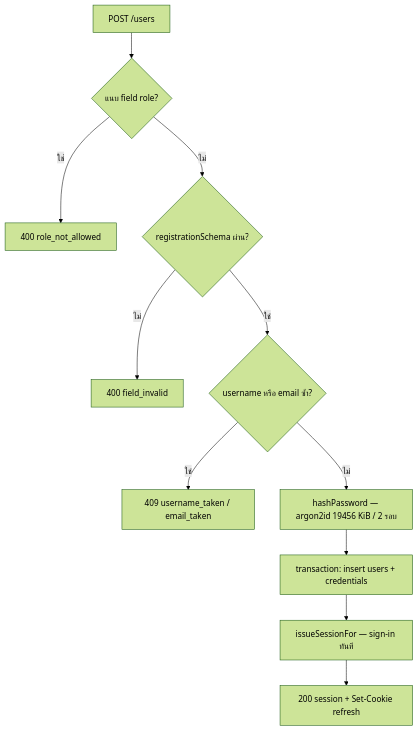
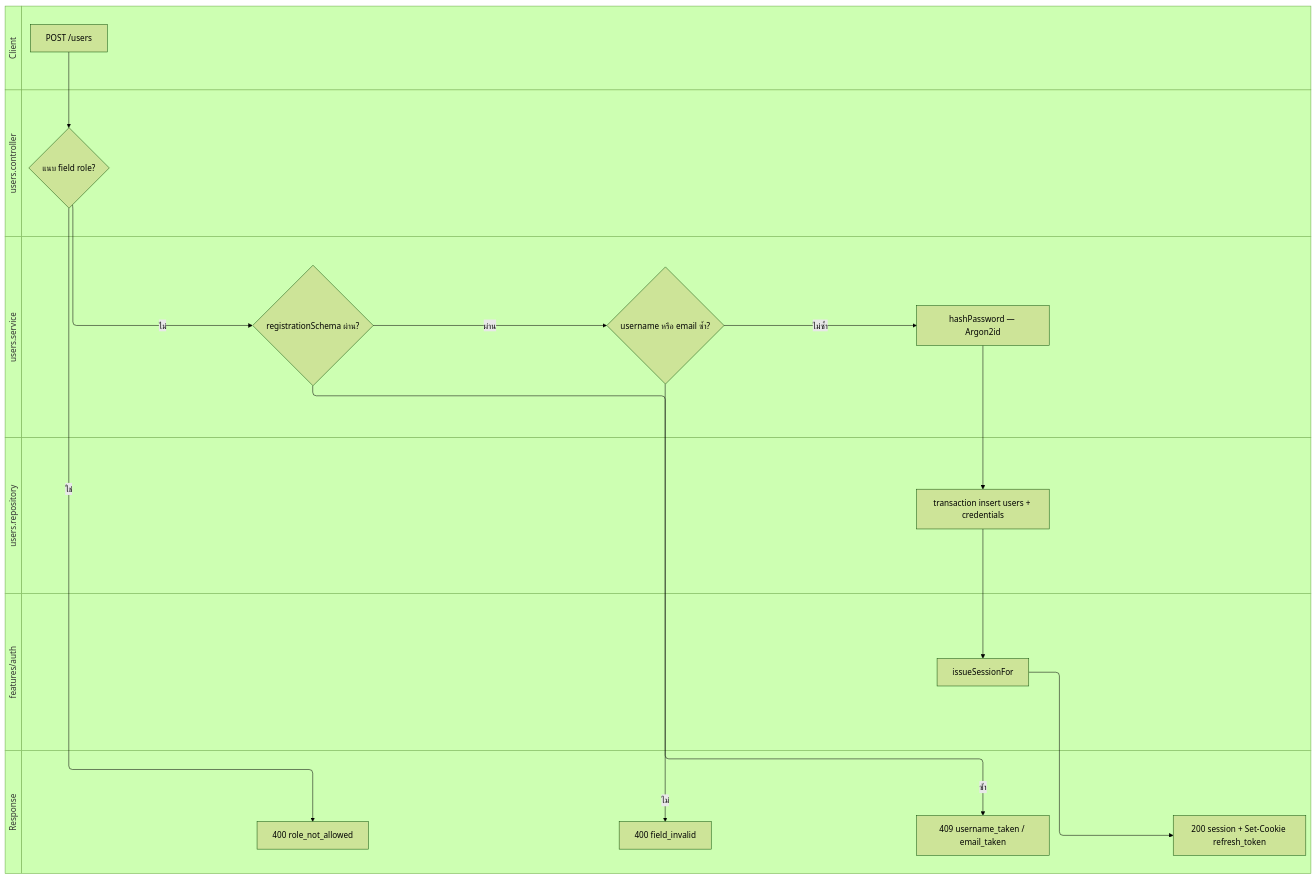
The first of 2 diagrams in src/features/users/README.md (Open-Science-and-Data-management/Backend), drawn with Mermaid (forest theme) before and after one commit. The commit also changed other lines of this file and 20 other files, not shown here.

````diff
--- a/src/features/users/README.md
+++ b/src/features/users/README.md
@@ -82,13 +148,36 @@
 ```mermaid
-flowchart TD
-    A[POST /users] --> B{แนบ field role?}
-    B -- ใช่ --> C[400 role_not_allowed]
-    B -- ไม่ --> D{registrationSchema ผ่าน?}
-    D -- ไม่ --> E[400 field_invalid]
-    D -- ใช่ --> F{username หรือ email ซ้ำ?}
-    F -- ใช่ --> G[409 username_taken / email_taken]
-    F -- ไม่ --> H[hashPassword — argon2id 19456 KiB / 2 รอบ]
-    H --> I[transaction: insert users + credentials]
-    I --> J[issueSessionFor — sign-in ทันที]
-    J --> K[200 session + Set-Cookie refresh]
+swimlane-beta LR
+    subgraph client [Client]
+        A[POST /users]
+    end
+    subgraph ctrl [users.controller]
+        B{แนบ field role?}
+    end
+    subgraph svc [users.service]
+        C{registrationSchema ผ่าน?}
+        D{username หรือ email ซ้ำ?}
+        E[hashPassword — Argon2id]
+    end
+    subgraph repo [users.repository]
+        F[transaction insert users + credentials]
+    end
+    subgraph auth [features/auth]
+        G[issueSessionFor]
+    end
+    subgraph res [Response]
+        H[400 role_not_allowed]
+        I[400 field_invalid]
+        J[409 username_taken / email_taken]
+        K[200 session + Set-Cookie refresh_token]
+    end
+    A --> B
+    B -->|ใช่| H
+    B -->|ไม่| C
+    C -->|ไม่| I
+    C -->|ผ่าน| D
+    D -->|ซ้ำ| J
+    D -->|ไม่ซ้ำ| E
+    E --> F
+    F --> G
+    G --> K
 ```
````
